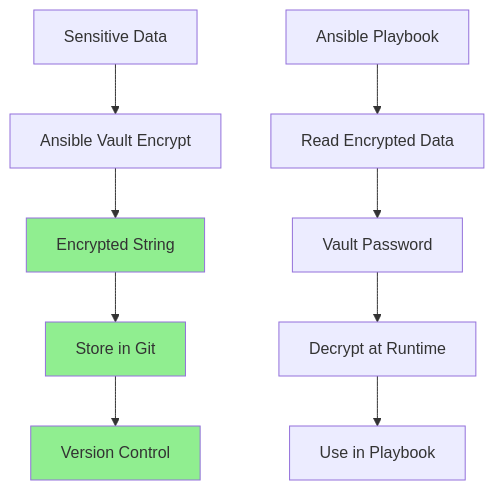
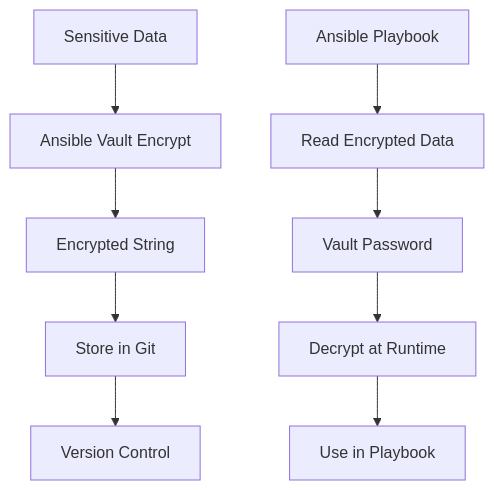
One commit to 4gh0rn/dev-blog changed the third of 8 diagrams in docs/projects/vserver-setup.md. Above: the diagram before and after it, drawn with Mermaid. The commit also changed other lines of this file and 17 other files, not shown here.

````diff
--- a/docs/projects/vserver-setup.md
+++ b/docs/projects/vserver-setup.md
@@ -129,16 +129,12 @@
 ```mermaid
 flowchart TD
     A[Sensitive Data] --> B[Ansible Vault Encrypt]
     B --> C[Encrypted String]
     C --> D[Store in Git]
     D --> E[Version Control]
     
     F[Ansible Playbook] --> G[Read Encrypted Data]
     G --> H[Vault Password]
     H --> I[Decrypt at Runtime]
     I --> J[Use in Playbook]
-    
-    style C fill:#90EE90
-    style D fill:#90EE90
-    style E fill:#90EE90
 ```
````
